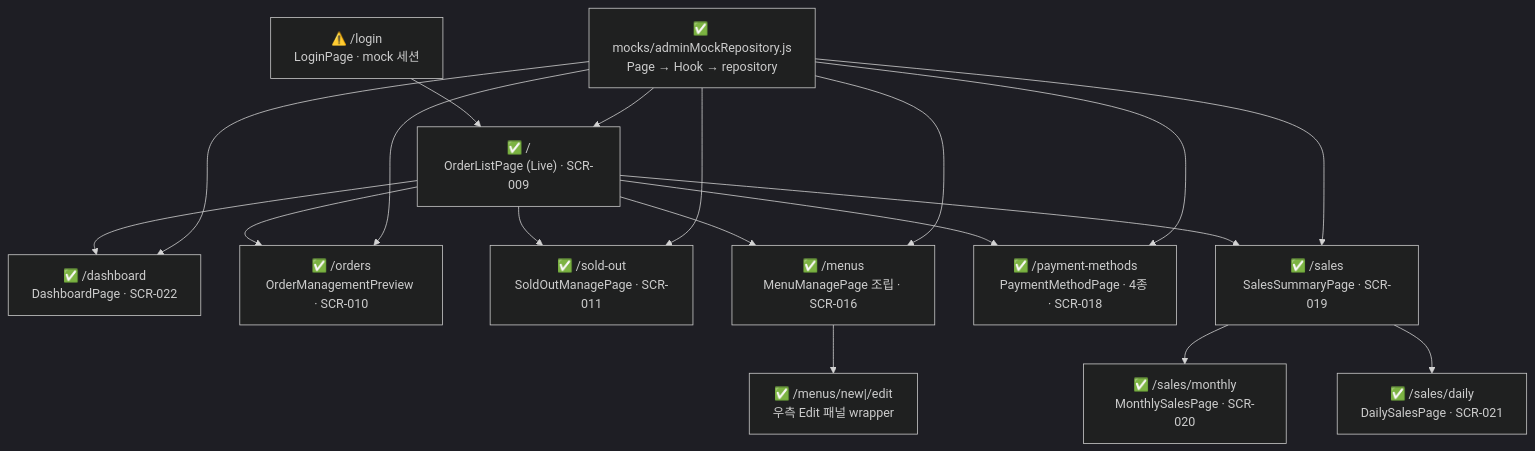
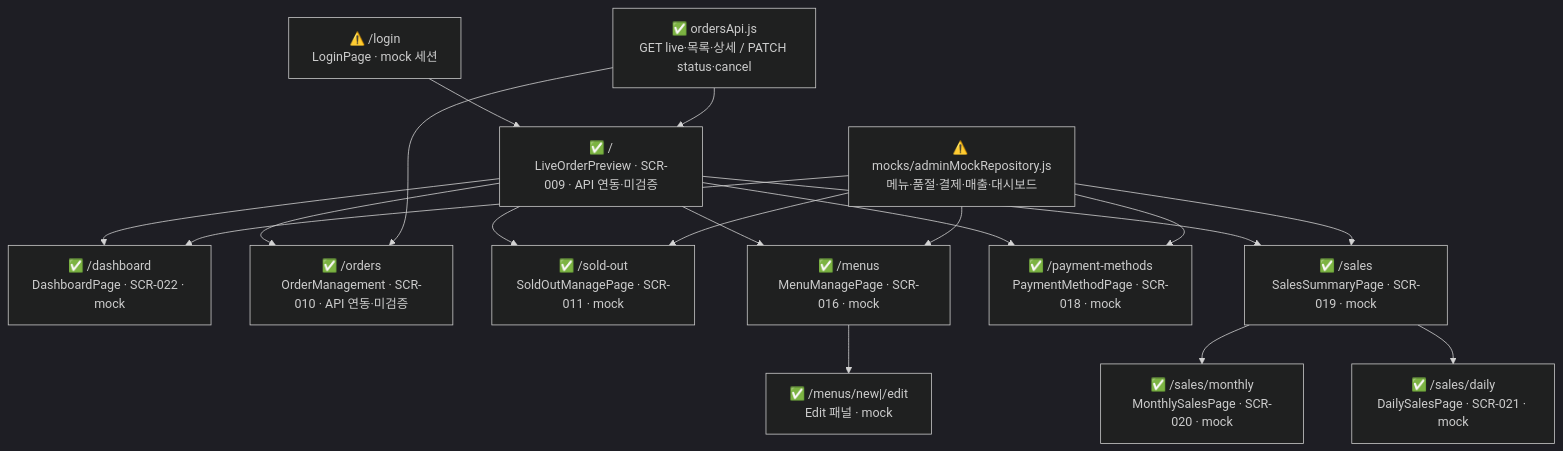
One commit to hagenie128/ASAK changed the third of 6 diagrams in docs/wiki/project-flow.md. Above: the diagram before and after it, drawn with Mermaid (dark theme). The commit also changed other lines of this file and 154 other files, not shown here.

````diff
--- a/docs/wiki/project-flow.md
+++ b/docs/wiki/project-flow.md
@@ -92,33 +93,34 @@
 ```mermaid
 flowchart TB
     Login["⚠️ /login<br/>LoginPage · mock 세션"]
-    Live["✅ /<br/>OrderListPage (Live) · SCR-009"]
-    Dashboard["✅ /dashboard<br/>DashboardPage · SCR-022"]
-    Orders["✅ /orders<br/>OrderManagementPreview · SCR-010"]
-    SoldOut["✅ /sold-out<br/>SoldOutManagePage · SCR-011"]
-    Menus["✅ /menus<br/>MenuManagePage 조립 · SCR-016"]
-    MenuEdit["✅ /menus/new|/edit<br/>우측 Edit 패널 wrapper"]
-    Payments["✅ /payment-methods<br/>PaymentMethodPage · 4종 · SCR-018"]
-    Sales["✅ /sales<br/>SalesSummaryPage · SCR-019"]
-    Monthly["✅ /sales/monthly<br/>MonthlySalesPage · SCR-020"]
-    Daily["✅ /sales/daily<br/>DailySalesPage · SCR-021"]
+    Live["✅ /<br/>LiveOrderPreview · SCR-009 · API 연동·미검증"]
+    Dashboard["✅ /dashboard<br/>DashboardPage · SCR-022 · mock"]
+    Orders["✅ /orders<br/>OrderManagement · SCR-010 · API 연동·미검증"]
+    SoldOut["✅ /sold-out<br/>SoldOutManagePage · SCR-011 · mock"]
+    Menus["✅ /menus<br/>MenuManagePage · SCR-016 · mock"]
+    MenuEdit["✅ /menus/new|/edit<br/>Edit 패널 · mock"]
+    Payments["✅ /payment-methods<br/>PaymentMethodPage · SCR-018 · mock"]
+    Sales["✅ /sales<br/>SalesSummaryPage · SCR-019 · mock"]
+    Monthly["✅ /sales/monthly<br/>MonthlySalesPage · SCR-020 · mock"]
+    Daily["✅ /sales/daily<br/>DailySalesPage · SCR-021 · mock"]
 
     Login --> Live
     Live --> Dashboard
     Live --> Orders
     Live --> SoldOut
     Live --> Menus --> MenuEdit
     Live --> Payments
     Live --> Sales
     Sales --> Monthly
     Sales --> Daily
 
-    Mock["✅ mocks/adminMockRepository.js<br/>Page → Hook → repository"]
-    Mock --> Live
+    ApiOrders["✅ ordersApi.js<br/>GET live·목록·상세 / PATCH status·cancel"]
+    ApiOrders --> Live
+    ApiOrders --> Orders
+    Mock["⚠️ mocks/adminMockRepository.js<br/>메뉴·품절·결제·매출·대시보드"]
     Mock --> Dashboard
-    Mock --> Orders
     Mock --> SoldOut
     Mock --> Menus
     Mock --> Payments
     Mock --> Sales
 ```
````
